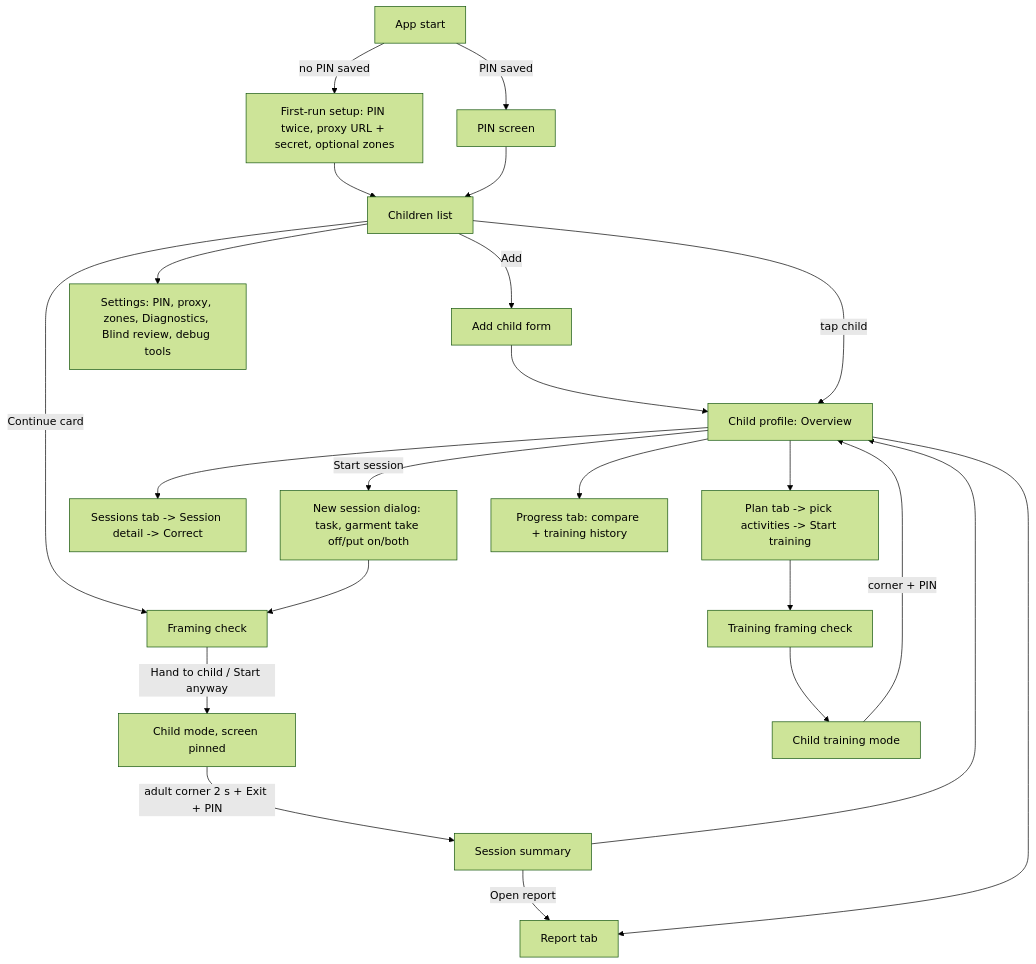
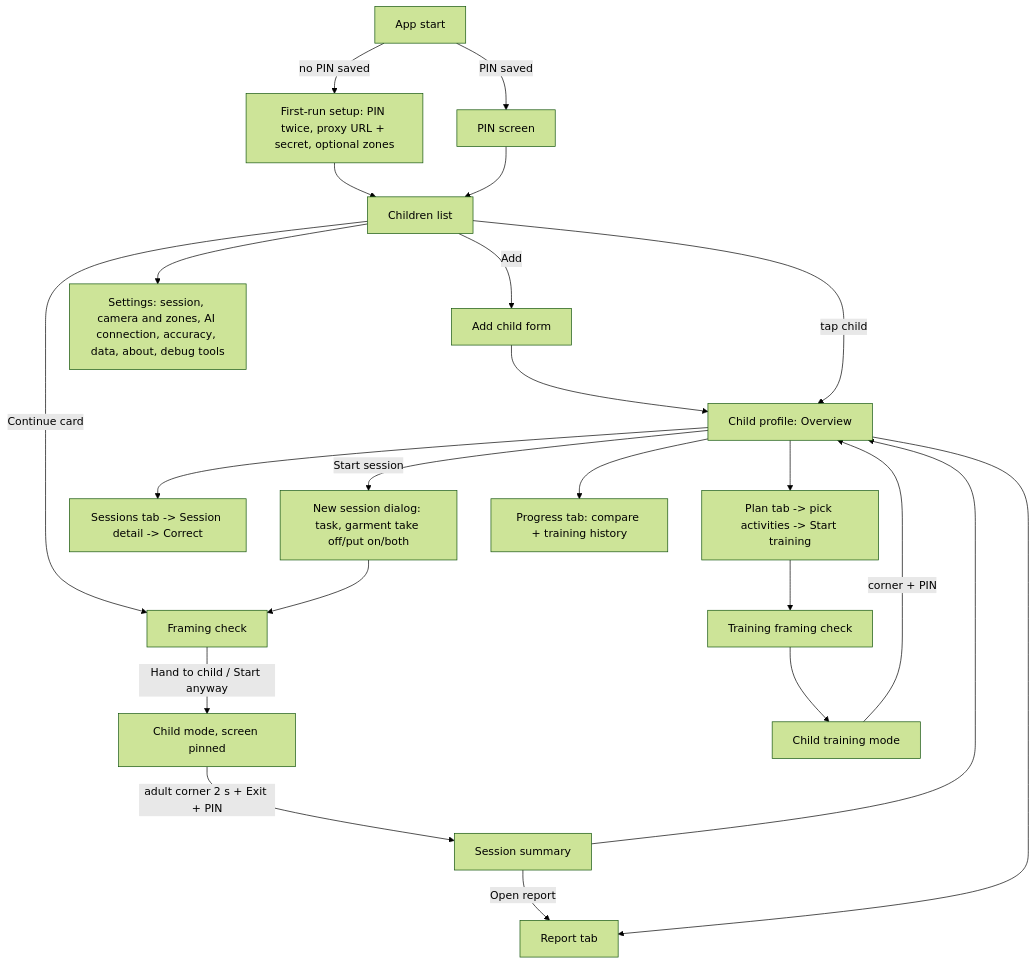
One commit to bosamraprivate-cloud/skill-motion changed the diagram in docs/flows/therapist-flow.md. Above: the diagram before and after it, drawn with Mermaid (forest theme). The commit also changed other lines of this file and 50 other files, not shown here.

````diff
--- a/docs/flows/therapist-flow.md
+++ b/docs/flows/therapist-flow.md
@@ -9,23 +9,23 @@
 ```mermaid
 flowchart TD
     A[App start] -->|no PIN saved| B[First-run setup: PIN twice, proxy URL + secret, optional zones]
     A -->|PIN saved| C[PIN screen]
     B --> D[Children list]
     C --> D
     D -->|Add| E[Add child form]
     E --> F[Child profile: Overview]
     D -->|tap child| F
     D -->|Continue card| G
     F -->|Start session| H[New session dialog: task, garment take off/put on/both]
     H --> G[Framing check]
     G -->|Hand to child / Start anyway| I[Child mode, screen pinned]
     I -->|adult corner 2 s + Exit + PIN| J[Session summary]
     J --> F
     J -->|Open report| K[Report tab]
     F --> L[Sessions tab -> Session detail -> Correct]
     F --> K
     F --> M[Plan tab -> pick activities -> Start training]
     M --> G2[Training framing check] --> I2[Child training mode] -->|corner + PIN| F
     F --> N[Progress tab: compare + training history]
-    D --> S[Settings: PIN, proxy, zones, Diagnostics, Blind review, debug tools]
+    D --> S[Settings: session, camera and zones, AI connection, accuracy, data, about, debug tools]
 ```
````
